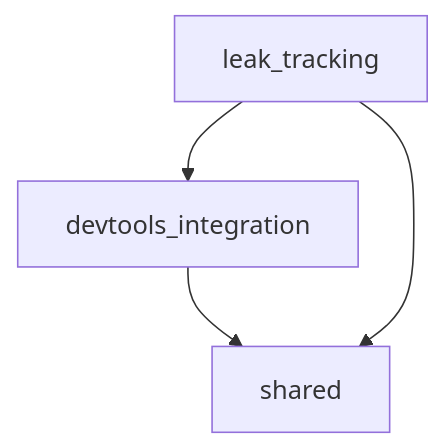
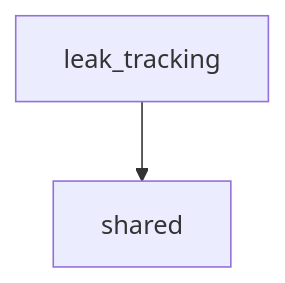
The diagram in pkgs/leak_tracker/lib/src/DEPENDENCIES.md (dart-lang/leak_tracker), drawn with Mermaid before and after one commit. The commit also changed 21 other files, not shown here.

````diff
--- a/pkgs/leak_tracker/lib/src/DEPENDENCIES.md
+++ b/pkgs/leak_tracker/lib/src/DEPENDENCIES.md
@@ -6,6 +6,4 @@
 ```mermaid
 flowchart TD;
-devtools_integration-->shared;
-leak_tracking-->devtools_integration;
 leak_tracking-->shared;
 ```
````
